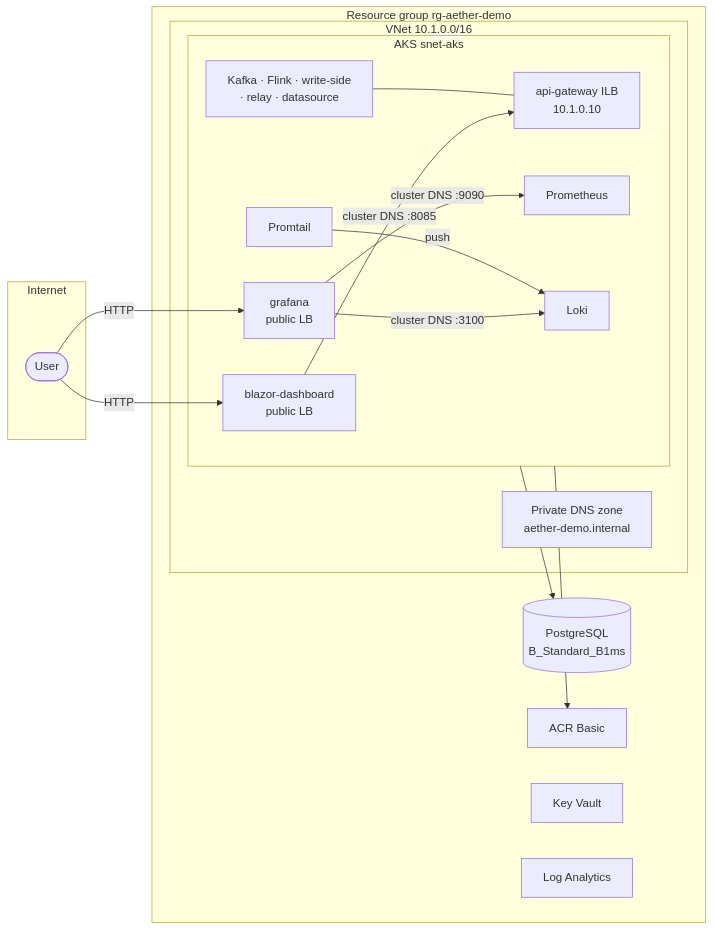
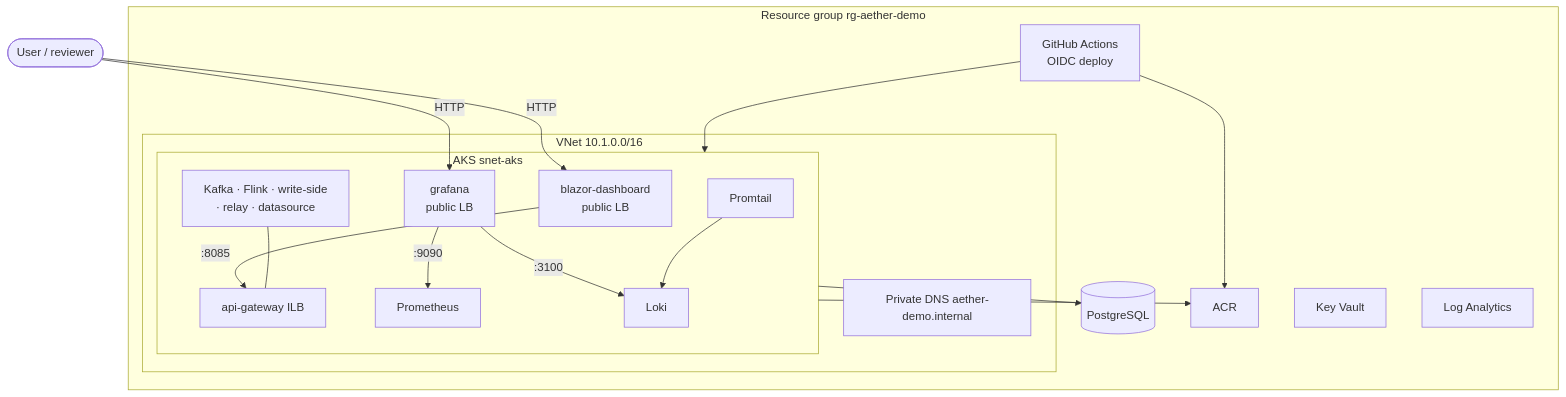
Before and after one commit to asaleh-lab/AetherStream: the diagram in infra/terraform/README.md, drawn with Mermaid. The commit also changed other lines of this file and 2 other files, not shown here.

First line of the commit message:
docs: streamline reviewer-facing README, HANDOFF, and Terraform runbook

````diff
--- a/infra/terraform/README.md
+++ b/infra/terraform/README.md
@@ -30,36 +19,37 @@
 ```mermaid
-flowchart LR
-  subgraph Internet
-    U([User])
-  end
+flowchart TB
+  User([User / reviewer])
 
   subgraph RG["Resource group rg-aether-demo"]
     subgraph VNet["VNet 10.1.0.0/16"]
       subgraph AKS["AKS snet-aks"]
         BLAZOR["blazor-dashboard<br/>public LB"]
         GRAF["grafana<br/>public LB"]
-        AGW_ILB["api-gateway ILB<br/>10.1.0.10"]
+        AGW_ILB["api-gateway ILB"]
         PROM["Prometheus"]
         LOKI["Loki"]
         PROMTAIL["Promtail"]
         PODS["Kafka · Flink · write-side<br/>· relay · datasource"]
       end
-      PDNS["Private DNS zone<br/>aether-demo.internal"]
+      PDNS["Private DNS aether-demo.internal"]
     end
 
-    PG[("PostgreSQL<br/>B_Standard_B1ms")]
-    ACR["ACR Basic"]
+    PG[("PostgreSQL")]
+    ACR["ACR"]
     KV["Key Vault"]
     LAW["Log Analytics"]
+    GH["GitHub Actions<br/>OIDC deploy"]
   end
 
-  U -->|HTTP| BLAZOR
-  U -->|HTTP| GRAF
-  BLAZOR -->|cluster DNS :8085| AGW_ILB
-  GRAF -->|cluster DNS :9090| PROM
-  GRAF -->|cluster DNS :3100| LOKI
-  PROMTAIL -->|push| LOKI
+  User -->|HTTP| BLAZOR
+  User -->|HTTP| GRAF
+  BLAZOR -->|:8085| AGW_ILB
+  GRAF -->|:9090| PROM
+  GRAF -->|:3100| LOKI
+  PROMTAIL --> LOKI
   PODS --- AGW_ILB
   AKS --> PG
   AKS --> ACR
+  GH --> ACR
+  GH --> AKS
 ```
````
